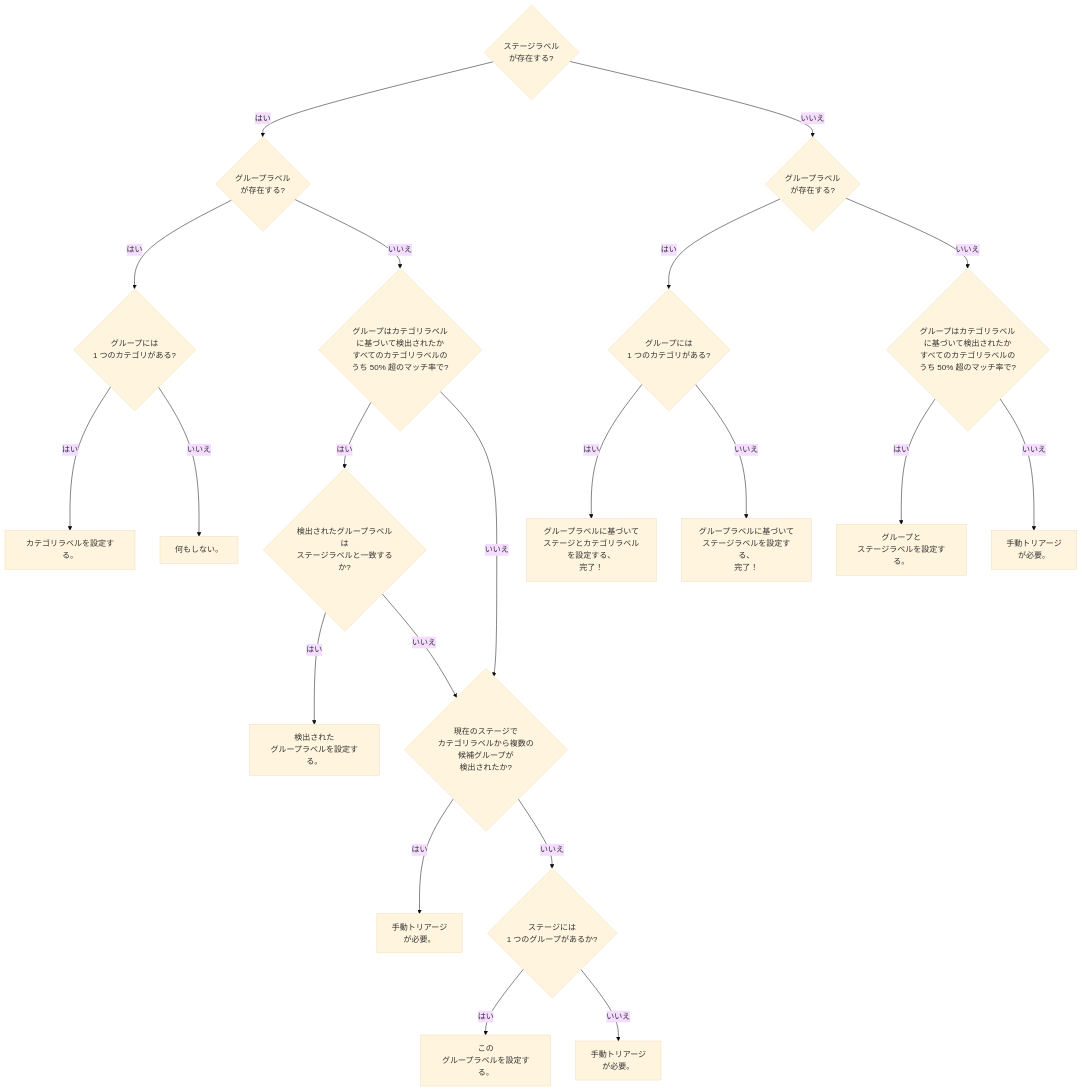
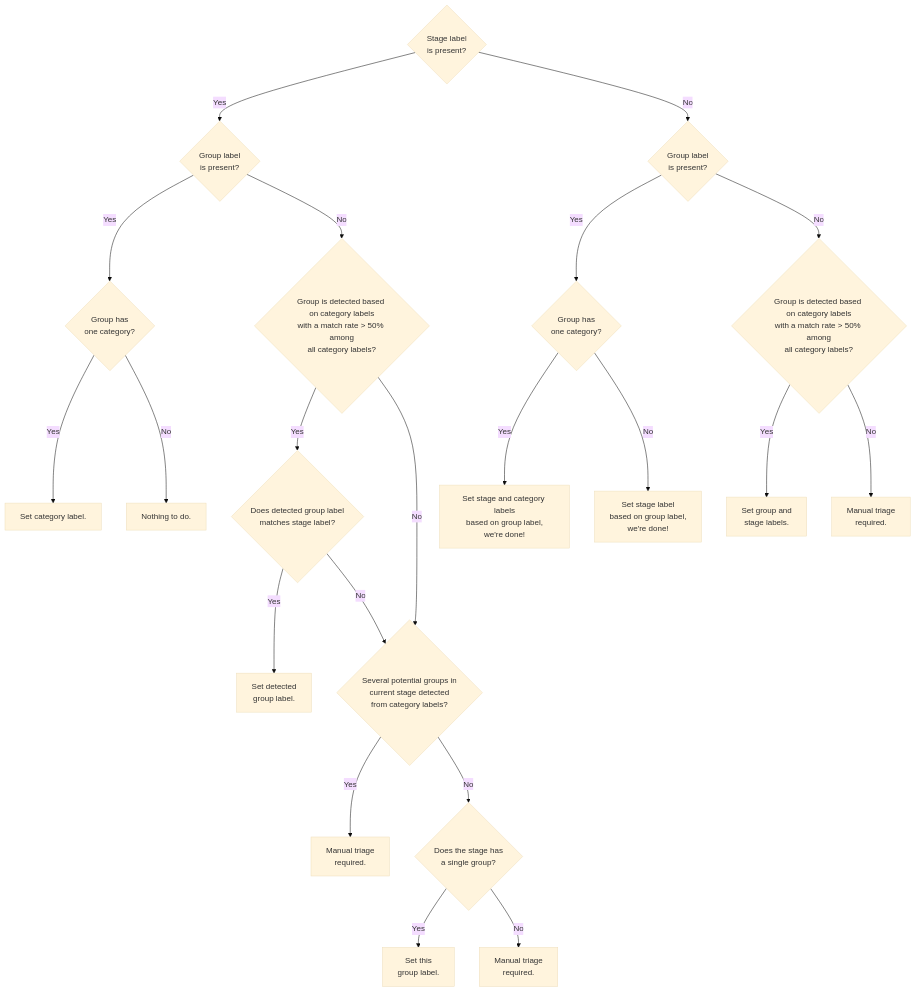
Before and after one commit to kyama0/gitlab-handbook-ja: the first of 2 diagrams in content/handbook/engineering/infrastructure-platforms/developer-experience/triage-operations/_index.md, drawn with Mermaid (base theme). The commit also changed other lines of this file and 56 other files, not shown here.

````diff
--- a/content/handbook/engineering/infrastructure-platforms/developer-experience/triage-operations/_index.md
+++ b/content/handbook/engineering/infrastructure-platforms/developer-experience/triage-operations/_index.md
@@ -55,23 +55,23 @@
 ```mermaid
 graph TB;
-  A{ステージラベル<br>が存在する?} -- はい --> B;
-  B{グループラベル<br>が存在する?} -- はい --> D;
-  B -- いいえ --> E;
-  D{グループには<br>1 つのカテゴリがある?} -- はい --> X9[カテゴリラベルを設定する。];
-  D -- いいえ --> X1[何もしない。];
-  E{グループはカテゴリラベルに基づいて検出されたか<br>すべてのカテゴリラベルのうち 50% 超のマッチ率で?} -- はい --> H;
-  E -- いいえ --> K;
-  H{検出されたグループラベルは<br>ステージラベルと一致するか?} -- はい --> X2[検出された<br>グループラベルを設定する。];
-  H -- いいえ --> K;
-  K{現在のステージで<br>カテゴリラベルから複数の候補グループが<br>検出されたか?} -- はい --> X3[手動トリアージ<br>が必要。];
-  K -- いいえ --> L;
-  L{ステージには<br>1 つのグループがあるか?} -- はい --> X4[この<br>グループラベルを設定する。];
-  L -- いいえ --> X5[手動トリアージ<br>が必要。];
-  A -- いいえ --> C;
-  C{グループラベル<br>が存在する?} -- はい --> F;
-  F{グループには<br>1 つのカテゴリがある?} -- はい --> X10[グループラベルに基づいてステージとカテゴリラベルを設定する、<br>完了！];
-  F -- いいえ --> X6[グループラベルに基づいてステージラベルを設定する、<br>完了！];
-  C -- いいえ --> G;
-  G{グループはカテゴリラベルに基づいて検出されたか<br>すべてのカテゴリラベルのうち 50% 超のマッチ率で?} -- はい --> X7[グループと<br>ステージラベルを設定する。];
-  G -- いいえ --> X8[手動トリアージ<br>が必要。];
+  A{Stage label<br>is present?} -- Yes --> B;
+  B{Group label<br>is present?} -- Yes --> D;
+  B -- No --> E;
+  D{Group has<br>one category?} -- Yes --> X9[Set category label.];
+  D -- No --> X1[Nothing to do.];
+  E{Group is detected based on category labels<br>with a match rate > 50% among<br>all category labels?} -- Yes --> H;
+  E -- No --> K;
+  H{Does detected group label<br>matches stage label?} -- Yes --> X2[Set detected<br>group label.];
+  H -- No --> K;
+  K{Several potential groups in<br>current stage detected<br>from category labels?} -- Yes --> X3[Manual triage<br>required.];
+  K -- No --> L;
+  L{Does the stage has<br>a single group?} -- Yes --> X4[Set this<br>group label.];
+  L -- No --> X5[Manual triage<br>required.];
+  A -- No --> C;
+  C{Group label<br>is present?} -- Yes --> F;
+  F{Group has<br>one category?} -- Yes --> X10[Set stage and category labels<br>based on group label,<br>we're done!];
+  F -- No --> X6[Set stage label<br>based on group label,<br>we're done!];
+  C -- No --> G;
+  G{Group is detected based on category labels<br>with a match rate > 50% among<br>all category labels?} -- Yes --> X7[Set group and<br>stage labels.];
+  G -- No --> X8[Manual triage<br>required.];
 ```
````
